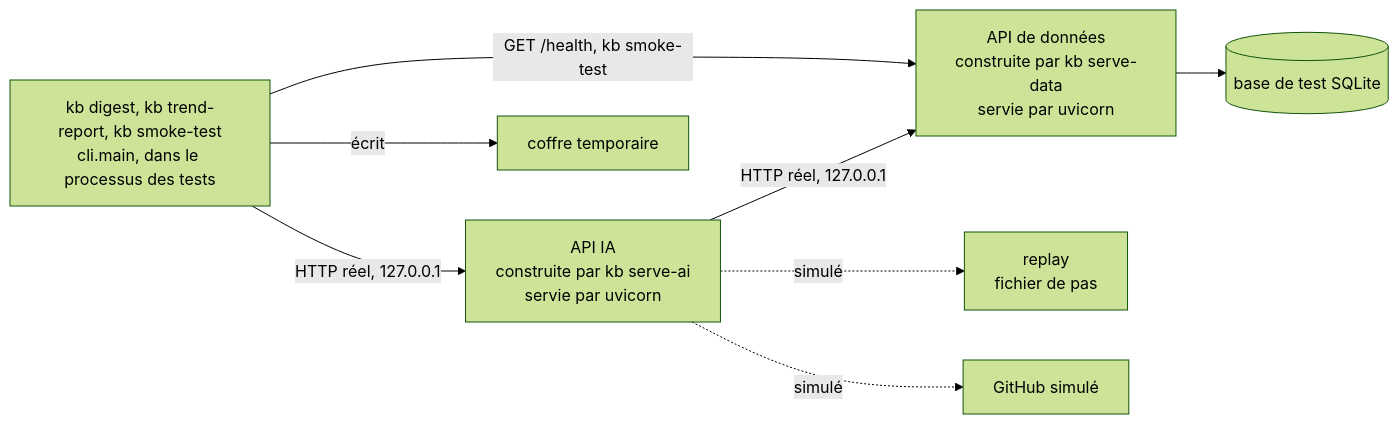
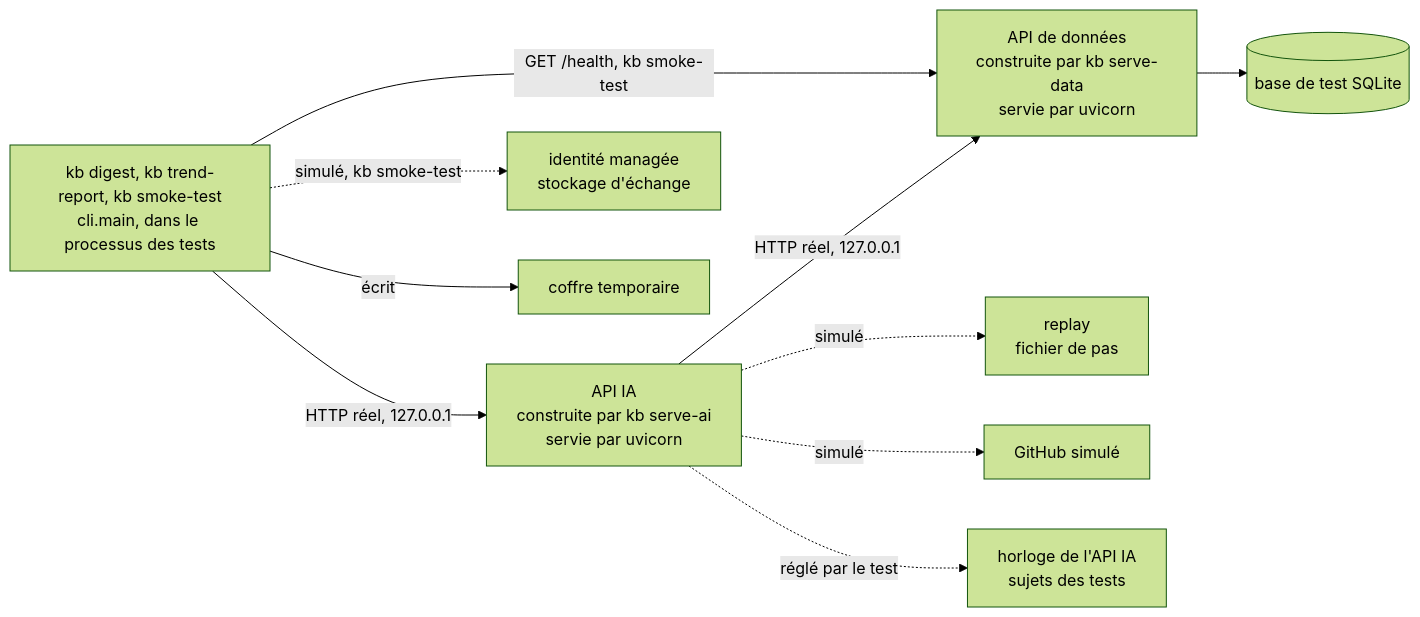
One commit to SabineLaurent/K-B changed the diagram in docs/2026-11-08-tests-api-ia.md. Above: the diagram before and after it, drawn with Mermaid (forest theme). The commit also changed other lines of this file and 1 other file, not shown here.

Commit message:
docs: settle the review of the report of the tests of the AI API (issue 280)

````diff
--- a/docs/2026-11-08-tests-api-ia.md
+++ b/docs/2026-11-08-tests-api-ia.md
@@ -203,10 +247,12 @@
 ```mermaid
 flowchart LR
     kb["kb digest, kb trend-report, kb smoke-test<br>cli.main, dans le processus des tests"] -->|"HTTP réel, 127.0.0.1"| ai["API IA<br>construite par kb serve-ai<br>servie par uvicorn"]
     ai -->|"HTTP réel, 127.0.0.1"| data["API de données<br>construite par kb serve-data<br>servie par uvicorn"]
     kb -->|"GET /health, kb smoke-test"| data
     data --> base[("base de test SQLite")]
     ai -.->|"simulé"| replay["replay<br>fichier de pas"]
     ai -.->|"simulé"| github["GitHub simulé"]
+    ai -.->|"réglé par le test"| clock["horloge de l'API IA<br>sujets des tests"]
+    kb -.->|"simulé, kb smoke-test"| azure["identité managée<br>stockage d'échange"]
     kb -->|"écrit"| vault["coffre temporaire"]
 ```
````
